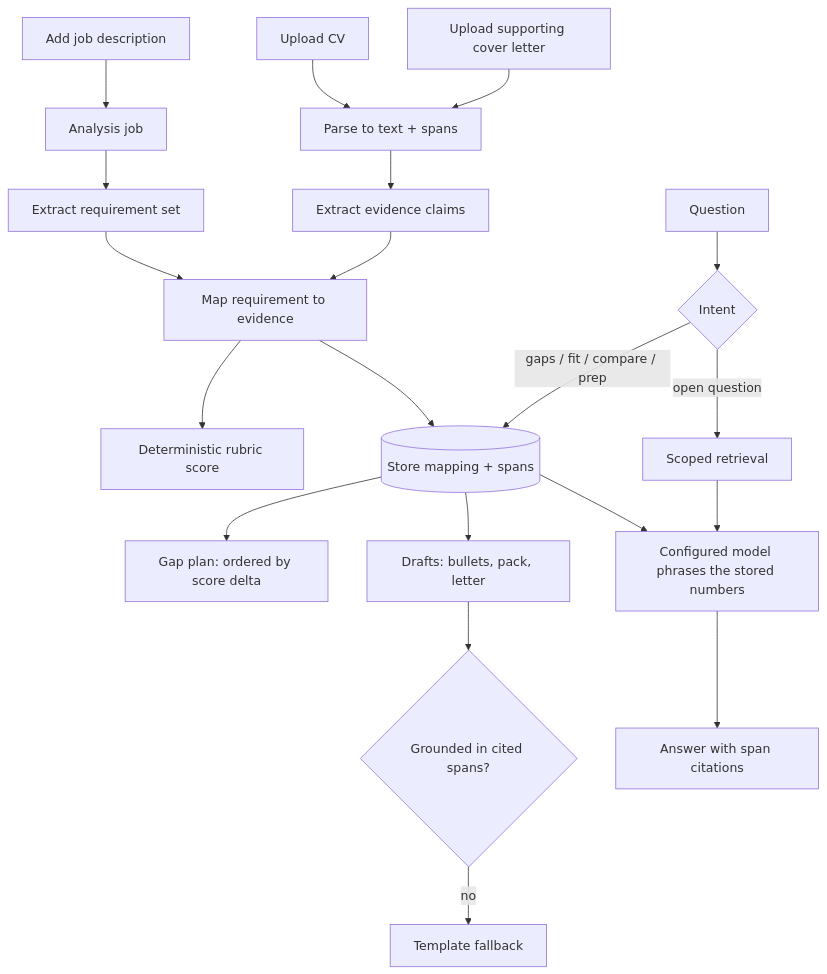
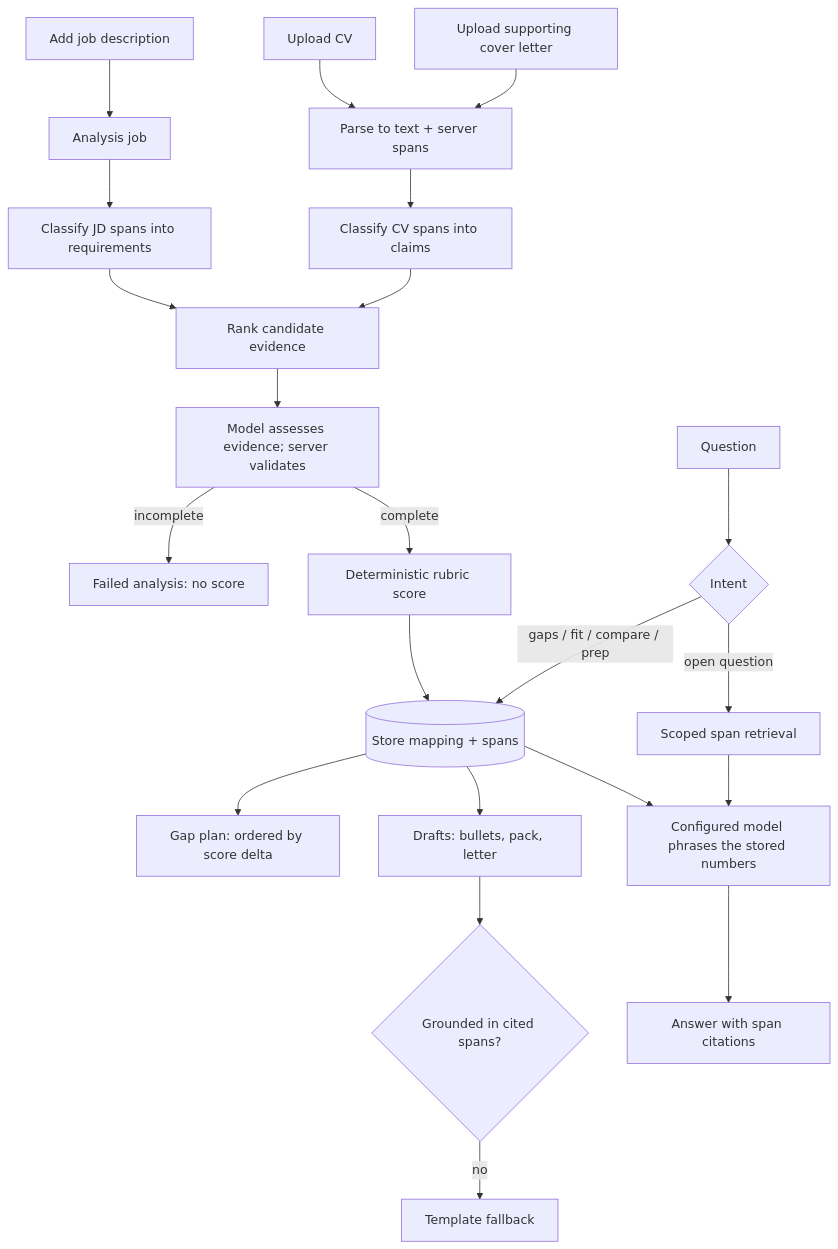
Before and after one commit to ArifMehmood16/career-intelligence-assistant: the second of 2 diagrams in README.md, drawn with Mermaid. The commit also changed other lines of this file and 12 other files, not shown here.

````diff
--- a/README.md
+++ b/README.md
@@ -172,22 +180,24 @@
 ```mermaid
 flowchart TD
-  CV[Upload CV] --> PARSE[Parse to text + spans]
+  CV[Upload CV] --> PARSE[Parse to text + server spans]
   CL[Upload supporting cover letter] --> PARSE
   JD[Add job description] --> JOB[Analysis job]
-  PARSE --> EV[Extract evidence claims]
-  JOB --> REQ[Extract requirement set]
-  REQ --> MAP[Map requirement to evidence]
-  EV --> MAP
-  MAP --> SCORE[Deterministic rubric score]
-  MAP --> STORE[(Store mapping + spans)]
+  PARSE --> EV[Classify CV spans into claims]
+  JOB --> REQ[Classify JD spans into requirements]
+  REQ --> RET[Rank candidate evidence]
+  EV --> RET
+  RET --> ASSESS[Model assesses evidence; server validates]
+  ASSESS -->|incomplete| FAIL[Failed analysis: no score]
+  ASSESS -->|complete| SCORE[Deterministic rubric score]
+  SCORE --> STORE[(Store mapping + spans)]
   STORE --> GAP[Gap plan: ordered by score delta]
   STORE --> GEN[Drafts: bullets, pack, letter]
   GEN --> VAL{Grounded in cited spans?}
   VAL -->|no| TPL[Template fallback]
   Q[Question] --> ROUTE{Intent}
   ROUTE -->|gaps / fit / compare / prep| STORE
-  ROUTE -->|open question| RET[Scoped retrieval]
+  ROUTE -->|open question| OPEN[Scoped span retrieval]
   STORE --> PHRASE[Configured model phrases the stored numbers]
-  RET --> PHRASE
+  OPEN --> PHRASE
   PHRASE --> ANS[Answer with span citations]
 ```
````
